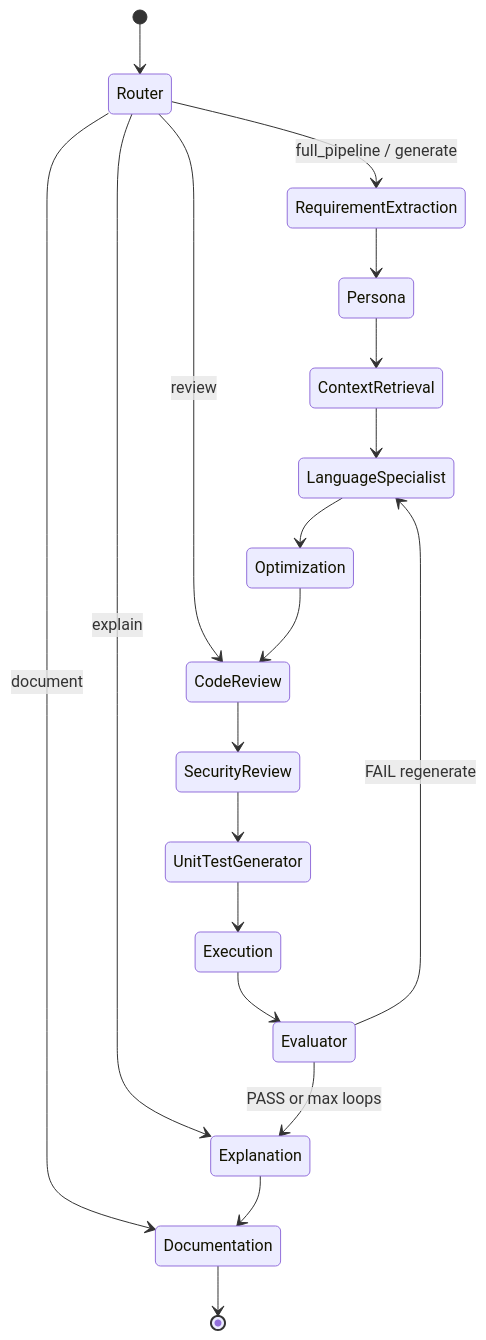
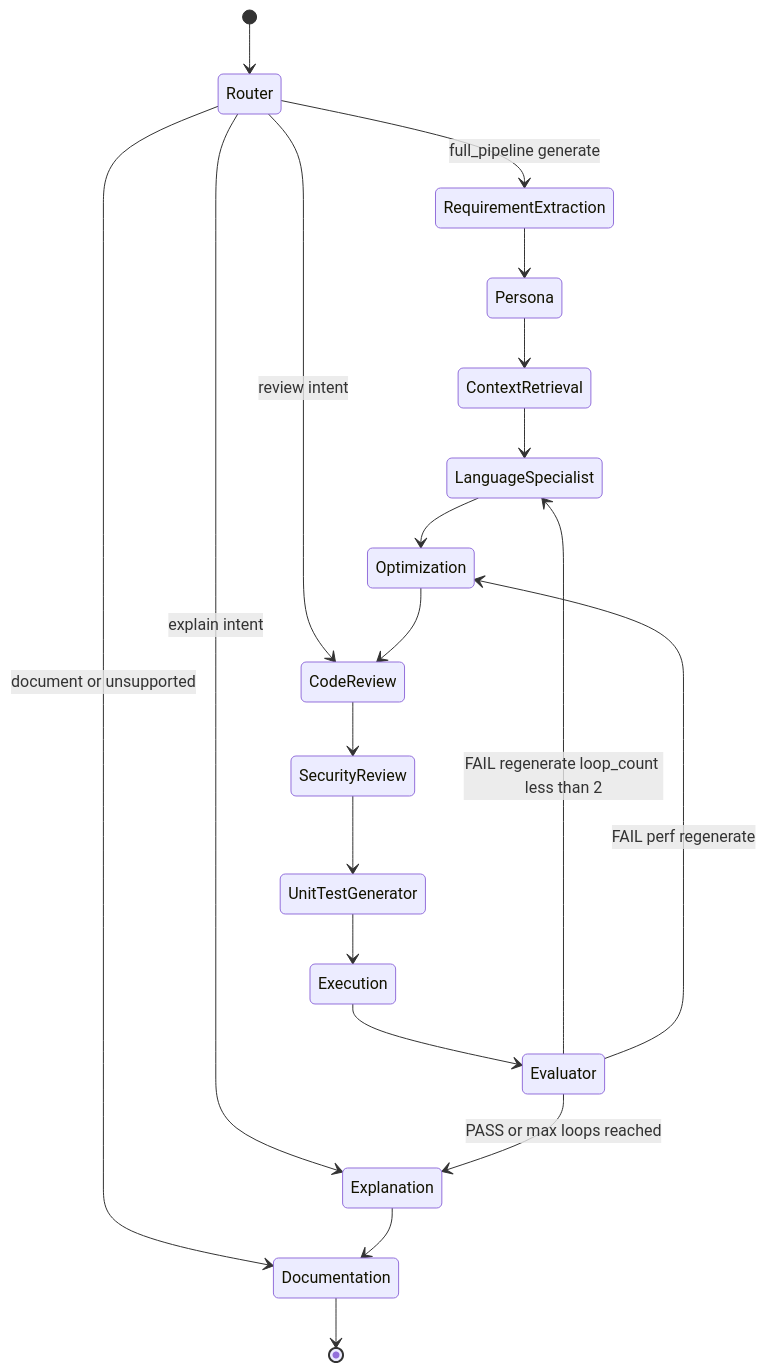
One commit to amarmalakar/IIT_ROORKEE_HACKATHON changed the fourth of 5 diagrams in docs/architecture.md. Above: the diagram before and after it, drawn with Mermaid. The commit also changed other lines of this file and 17 other files, not shown here.

````diff
--- a/docs/architecture.md
+++ b/docs/architecture.md
@@ -82,21 +143,26 @@
 ```mermaid
 stateDiagram-v2
     [*] --> Router
-    Router --> RequirementExtraction: full_pipeline / generate
-    Router --> CodeReview: review
-    Router --> Explanation: explain
-    Router --> Documentation: document
+
+    Router --> RequirementExtraction: full_pipeline generate
+    Router --> CodeReview: review intent
+    Router --> Explanation: explain intent
+    Router --> Documentation: document or unsupported
+
     RequirementExtraction --> Persona
     Persona --> ContextRetrieval
     ContextRetrieval --> LanguageSpecialist
     LanguageSpecialist --> Optimization
     Optimization --> CodeReview
     CodeReview --> SecurityReview
     SecurityReview --> UnitTestGenerator
     UnitTestGenerator --> Execution
     Execution --> Evaluator
-    Evaluator --> LanguageSpecialist: FAIL regenerate
-    Evaluator --> Explanation: PASS or max loops
+
+    Evaluator --> LanguageSpecialist: FAIL regenerate loop_count less than 2
+    Evaluator --> Optimization: FAIL perf regenerate
+    Evaluator --> Explanation: PASS or max loops reached
+
     Explanation --> Documentation
     Documentation --> [*]
 ```
````
